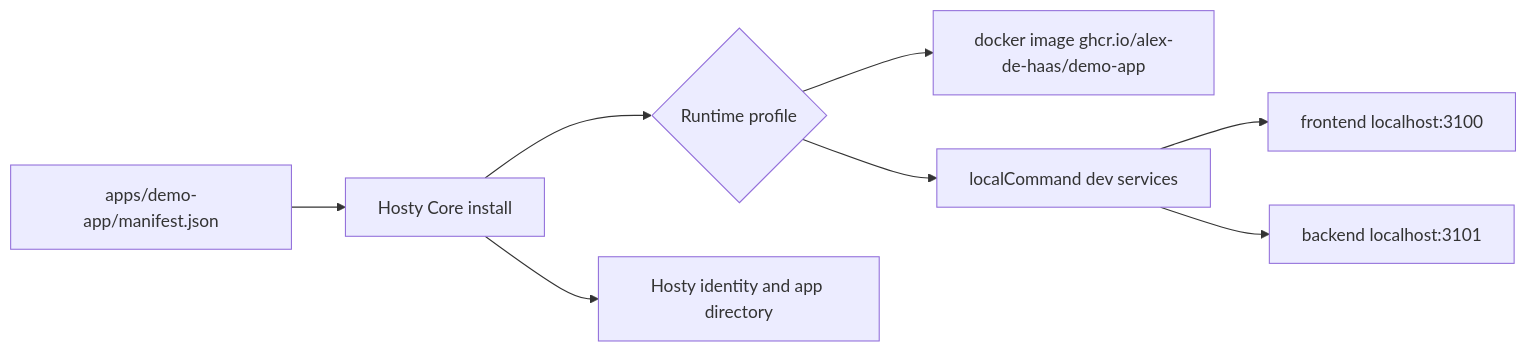
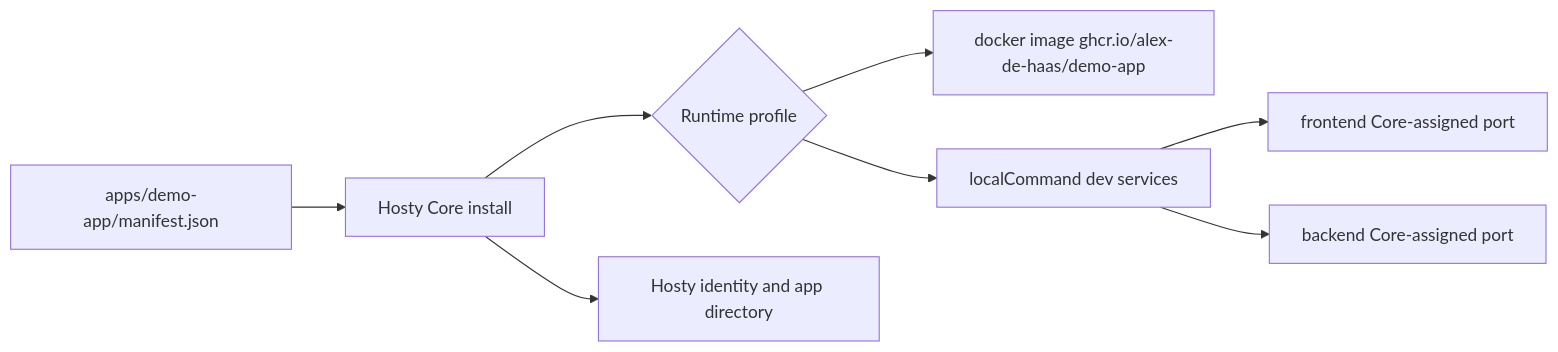
The diagram in docs/features/demo-app.md (alex-de-haas/docker-host), drawn with Mermaid before and after one commit. The commit also changed other lines of this file and 19 other files, not shown here.

````diff
--- a/docs/features/demo-app.md
+++ b/docs/features/demo-app.md
@@ -5,10 +5,10 @@
 ```mermaid
 flowchart LR
   A["apps/demo-app/manifest.json"] --> B["Hosty Core install"]
   B --> C{"Runtime profile"}
   C --> D["docker image ghcr.io/alex-de-haas/demo-app"]
   C --> E["localCommand dev services"]
-  E --> F["frontend localhost:3100"]
-  E --> G["backend localhost:3101"]
+  E --> F["frontend Core-assigned port"]
+  E --> G["backend Core-assigned port"]
   B --> H["Hosty identity and app directory"]
 ```
````
